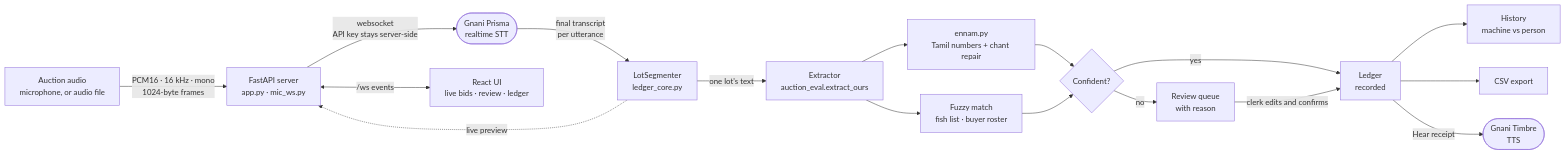
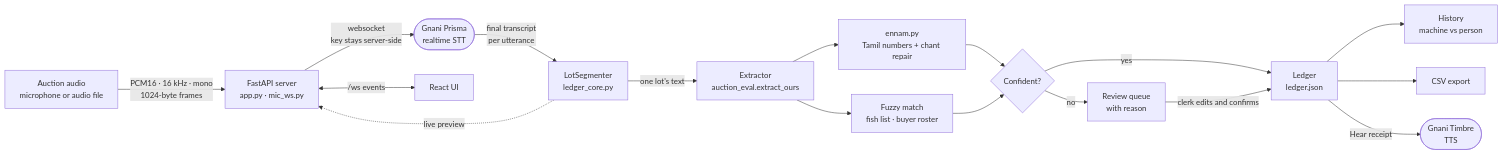
One commit to Subhitcha04/Uccharippu- changed the diagram in README.md. Above: the diagram before and after it, drawn with Mermaid. The commit also changed other lines of this file, not shown here.

````diff
--- a/README.md
+++ b/README.md
@@ -42,19 +68,19 @@
 ```mermaid
 flowchart LR
-    A["Auction audio<br/>microphone, or audio file"] -->|"PCM16 · 16 kHz · mono<br/>1024-byte frames"| B["FastAPI server<br/>app.py · mic_ws.py"]
-    B -->|"websocket<br/>API key stays server-side"| C(["Gnani Prisma<br/>realtime STT"])
+    A["Auction audio<br/>microphone or audio file"] -->|"PCM16 · 16 kHz · mono<br/>1024-byte frames"| B["FastAPI server<br/>app.py · mic_ws.py"]
+    B -->|"websocket<br/>key stays server-side"| C(["Gnani Prisma<br/>realtime STT"])
     C -->|"final transcript<br/>per utterance"| D["LotSegmenter<br/>ledger_core.py"]
     D -->|"one lot's text"| E["Extractor<br/>auction_eval.extract_ours"]
     E --> F["ennam.py<br/>Tamil numbers + chant repair"]
     E --> G["Fuzzy match<br/>fish list · buyer roster"]
     F --> H{"Confident?"}
     G --> H
-    H -->|yes| I["Ledger<br/>recorded"]
+    H -->|yes| I["Ledger<br/>ledger.json"]
     H -->|no| J["Review queue<br/>with reason"]
     J -->|"clerk edits and confirms"| I
     I --> K["History<br/>machine vs person"]
     I --> L["CSV export"]
     I -->|"Hear receipt"| M(["Gnani Timbre<br/>TTS"])
-    B <-->|"/ws events"| N["React UI<br/>live bids · review · ledger"]
+    B <-->|"/ws events"| N["React UI"]
     D -.->|"live preview"| B
 ```
````
